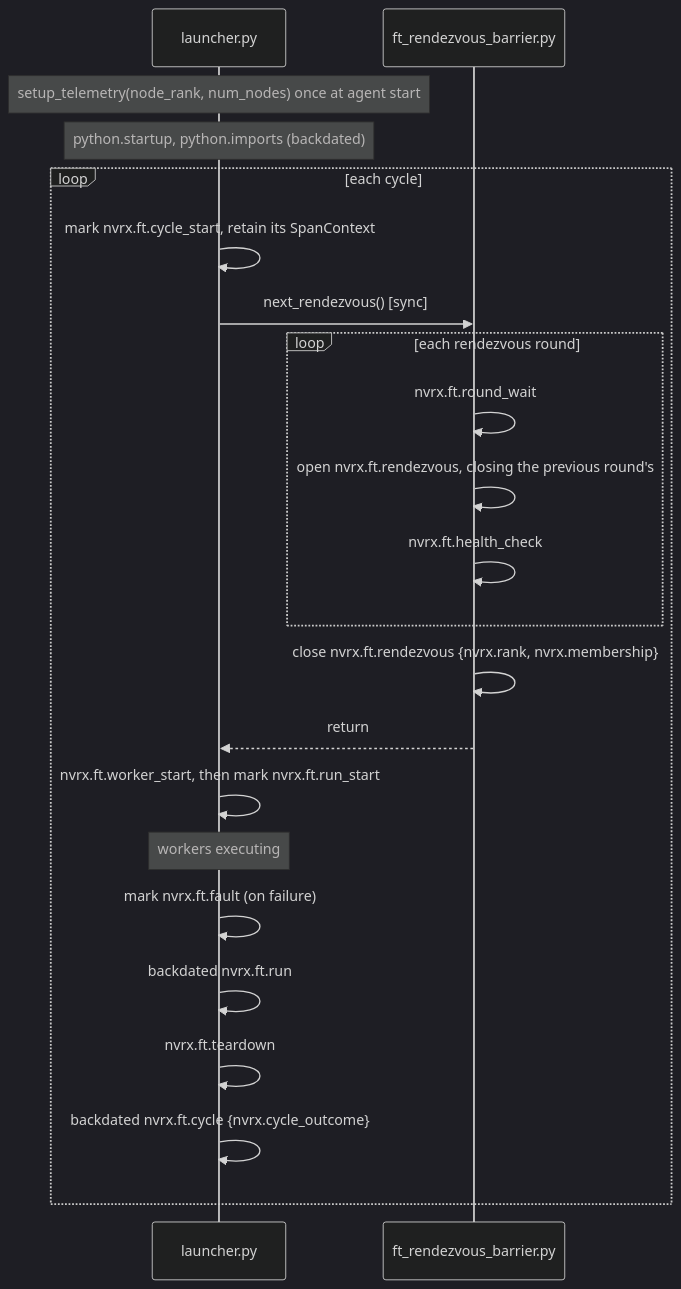
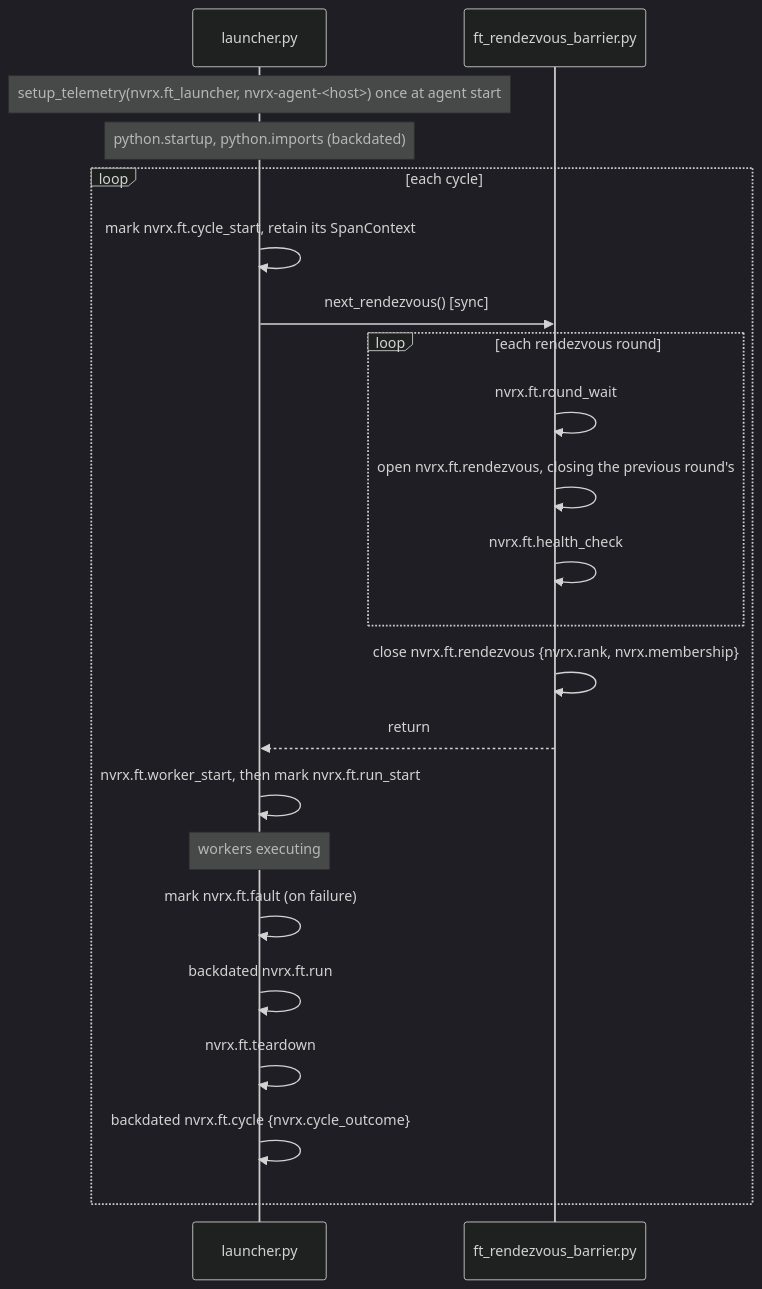
The second of 2 diagrams in docs/design/telemetry/NEMO_LENS.md (NVIDIA/nvidia-resiliency-ext), drawn with Mermaid (dark theme) before and after one commit. The commit also changed other lines of this file and 5 other files, not shown here.

````diff
--- a/docs/design/telemetry/NEMO_LENS.md
+++ b/docs/design/telemetry/NEMO_LENS.md
@@ -168,26 +176,26 @@
 ```mermaid
 sequenceDiagram
     participant L as launcher.py
     participant R as ft_rendezvous_barrier.py
 
-    Note over L: setup_telemetry(node_rank, num_nodes) once at agent start
+    Note over L: setup_telemetry(nvrx.ft_launcher, nvrx-agent-<host>) once at agent start
     Note over L: python.startup, python.imports (backdated)
 
     loop each cycle
         L->>L: mark nvrx.ft.cycle_start, retain its SpanContext
         L->>R: next_rendezvous() [sync]
         loop each rendezvous round
             R->>R: nvrx.ft.round_wait
             R->>R: open nvrx.ft.rendezvous, closing the previous round's
             R->>R: nvrx.ft.health_check
         end
         R->>R: close nvrx.ft.rendezvous {nvrx.rank, nvrx.membership}
         R-->>L: return
         L->>L: nvrx.ft.worker_start, then mark nvrx.ft.run_start
         Note over L: workers executing
         L->>L: mark nvrx.ft.fault (on failure)
         L->>L: backdated nvrx.ft.run
         L->>L: nvrx.ft.teardown
         L->>L: backdated nvrx.ft.cycle {nvrx.cycle_outcome}
     end
 ```
````
